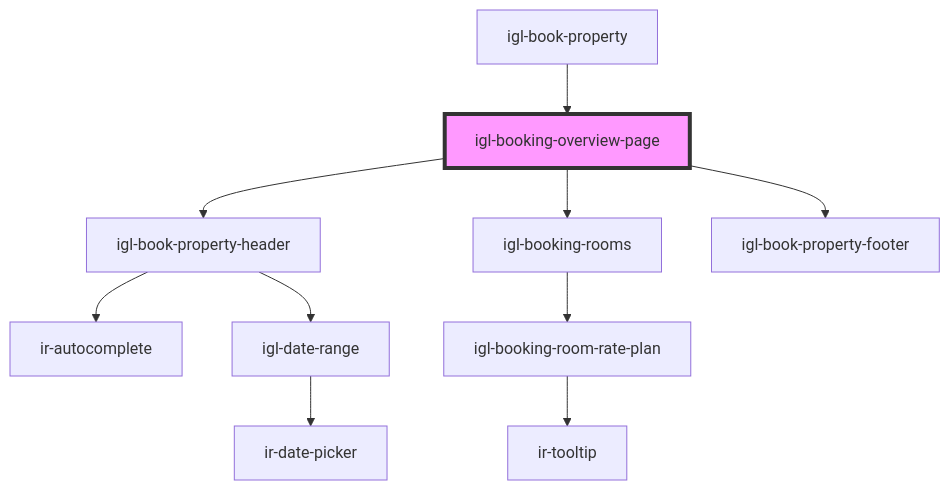
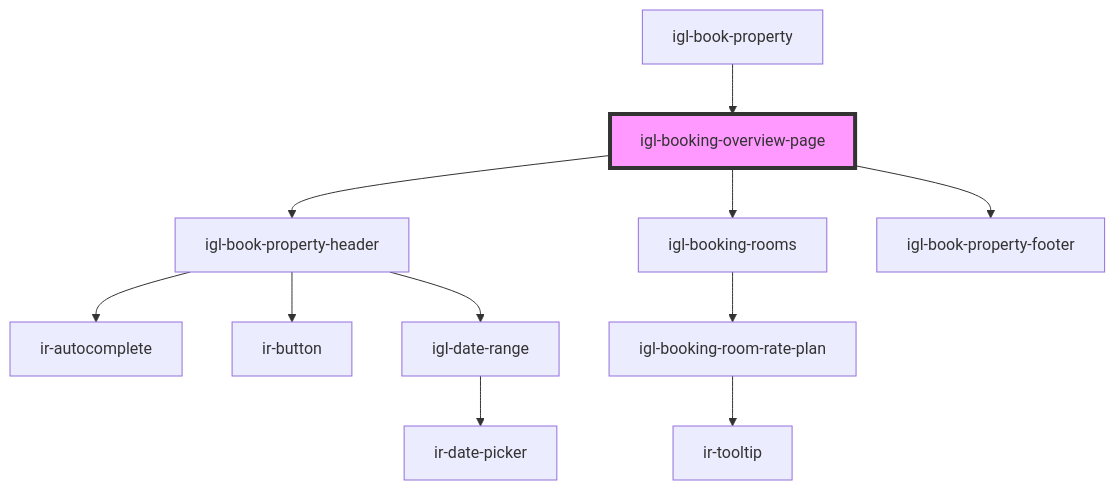
Before and after one commit to David1Chowaifaty/modified-ir-webcmp: the diagram in src/components/igloo-calendar/igl-book-property/igl-booking-overview-page/readme.md, drawn with Mermaid. The commit also changed 1722 other files, not shown here.

````diff
--- a/src/components/igloo-calendar/igl-book-property/igl-booking-overview-page/readme.md
+++ b/src/components/igloo-calendar/igl-book-property/igl-booking-overview-page/readme.md
@@ -49,13 +49,14 @@
 ```mermaid
 graph TD;
   igl-booking-overview-page --> igl-book-property-header
   igl-booking-overview-page --> igl-booking-rooms
   igl-booking-overview-page --> igl-book-property-footer
   igl-book-property-header --> ir-autocomplete
+  igl-book-property-header --> ir-button
   igl-book-property-header --> igl-date-range
   igl-date-range --> ir-date-picker
   igl-booking-rooms --> igl-booking-room-rate-plan
   igl-booking-room-rate-plan --> ir-tooltip
   igl-book-property --> igl-booking-overview-page
   style igl-booking-overview-page fill:#f9f,stroke:#333,stroke-width:4px
 ```
````
